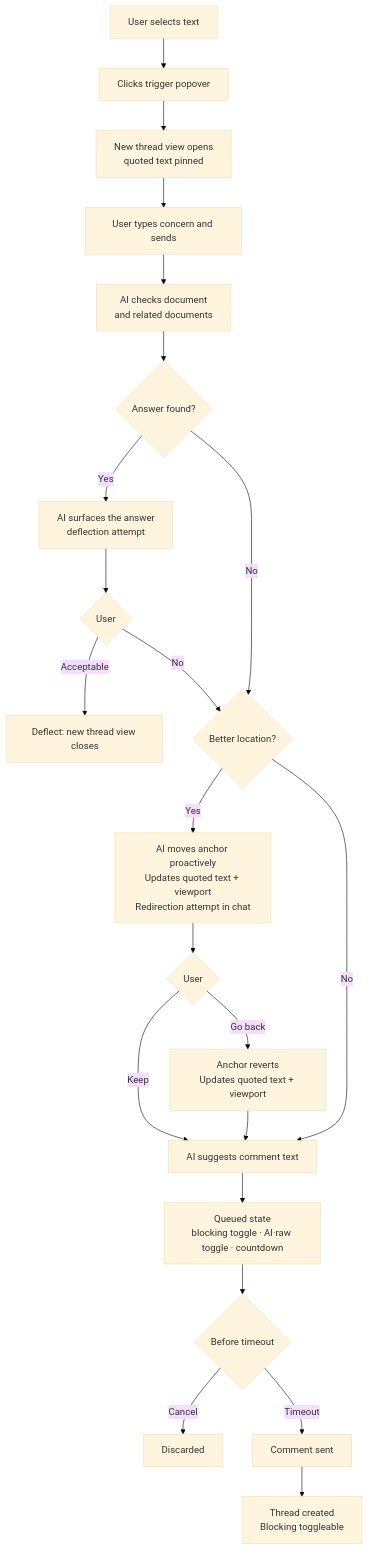
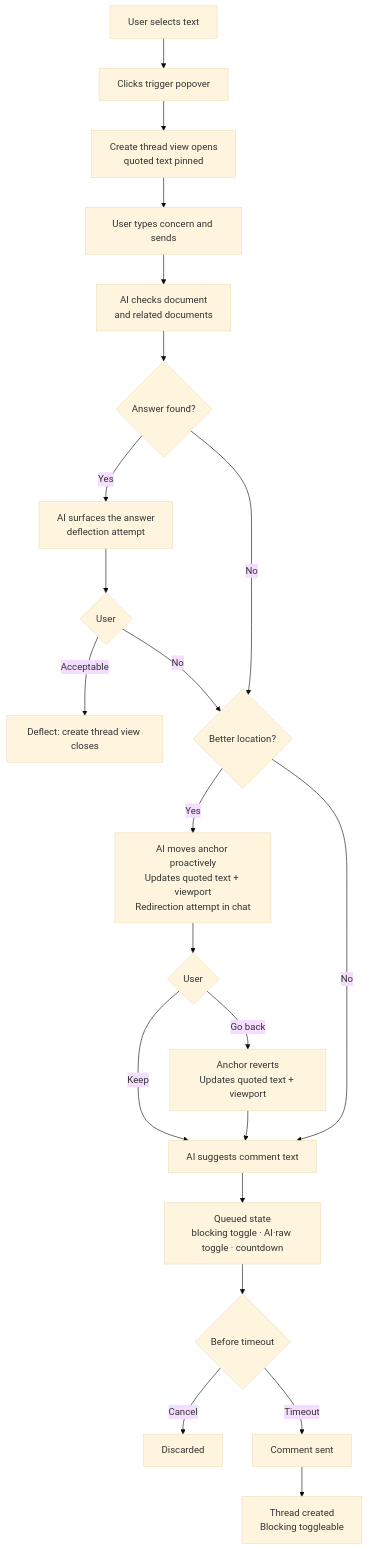
The first of 3 diagrams in .eng-docs/specs/backlog/feature-comments.md (markdstafford/episteme), drawn with Mermaid (base theme) before and after one commit. The commit also changed other lines of this file, not shown here.

Commit message:
docs: rename new thread view → create thread view throughout

````diff
--- a/.eng-docs/specs/backlog/feature-comments.md
+++ b/.eng-docs/specs/backlog/feature-comments.md
@@ -161,31 +161,31 @@
 ```mermaid
 flowchart TD
     A[User selects text] --> B[Clicks trigger popover]
-    B --> C[New thread view opens\nquoted text pinned]
+    B --> C[Create thread view opens\nquoted text pinned]
     C --> D[User types concern and sends]
     D --> E[AI checks document\nand related documents]
 
     E --> F{Answer found?}
     F -->|Yes| G[AI surfaces the answer\ndeflection attempt]
     G --> H{User}
-    H -->|Acceptable| I[Deflect: new thread view closes]
+    H -->|Acceptable| I[Deflect: create thread view closes]
     H -->|No| J
 
     F -->|No| J
 
     J{Better location?}
     J -->|Yes| K[AI moves anchor proactively\nUpdates quoted text + viewport\nRedirection attempt in chat]
     K --> L{User}
     L -->|Keep| N
     L -->|Go back| M[Anchor reverts\nUpdates quoted text + viewport]
     M --> N
 
     J -->|No| N
 
     N[AI suggests comment text]
     N --> O[Queued state\nblocking toggle · AI·raw toggle · countdown]
     O --> P{Before timeout}
     P -->|Cancel| Q[Discarded]
     P -->|Timeout| R[Comment sent]
     R --> S[Thread created\nBlocking toggleable]
 ```
````
